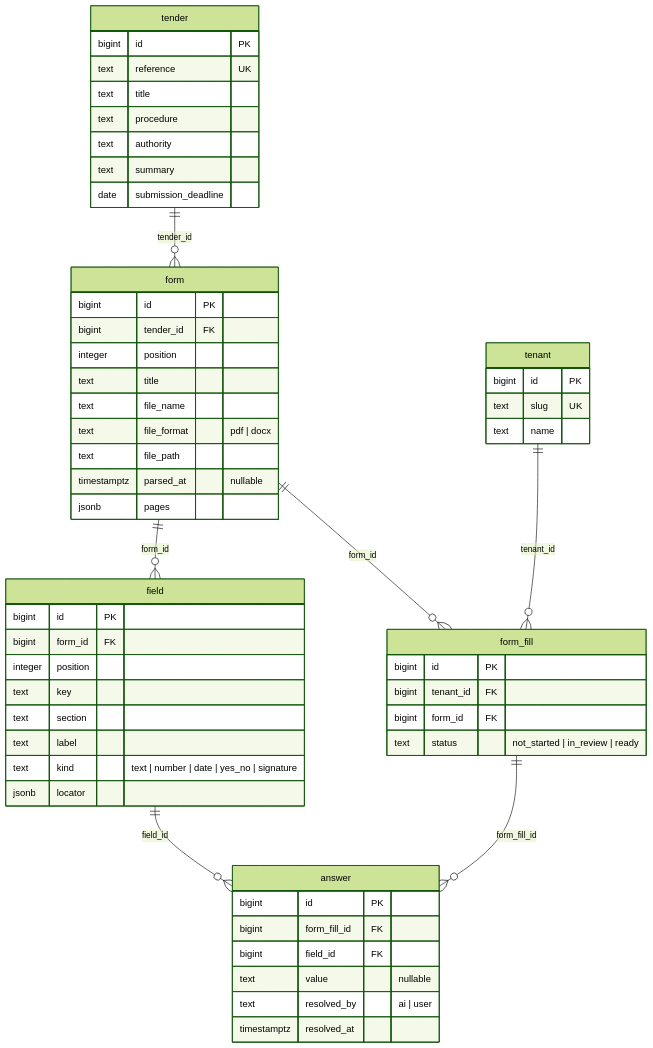
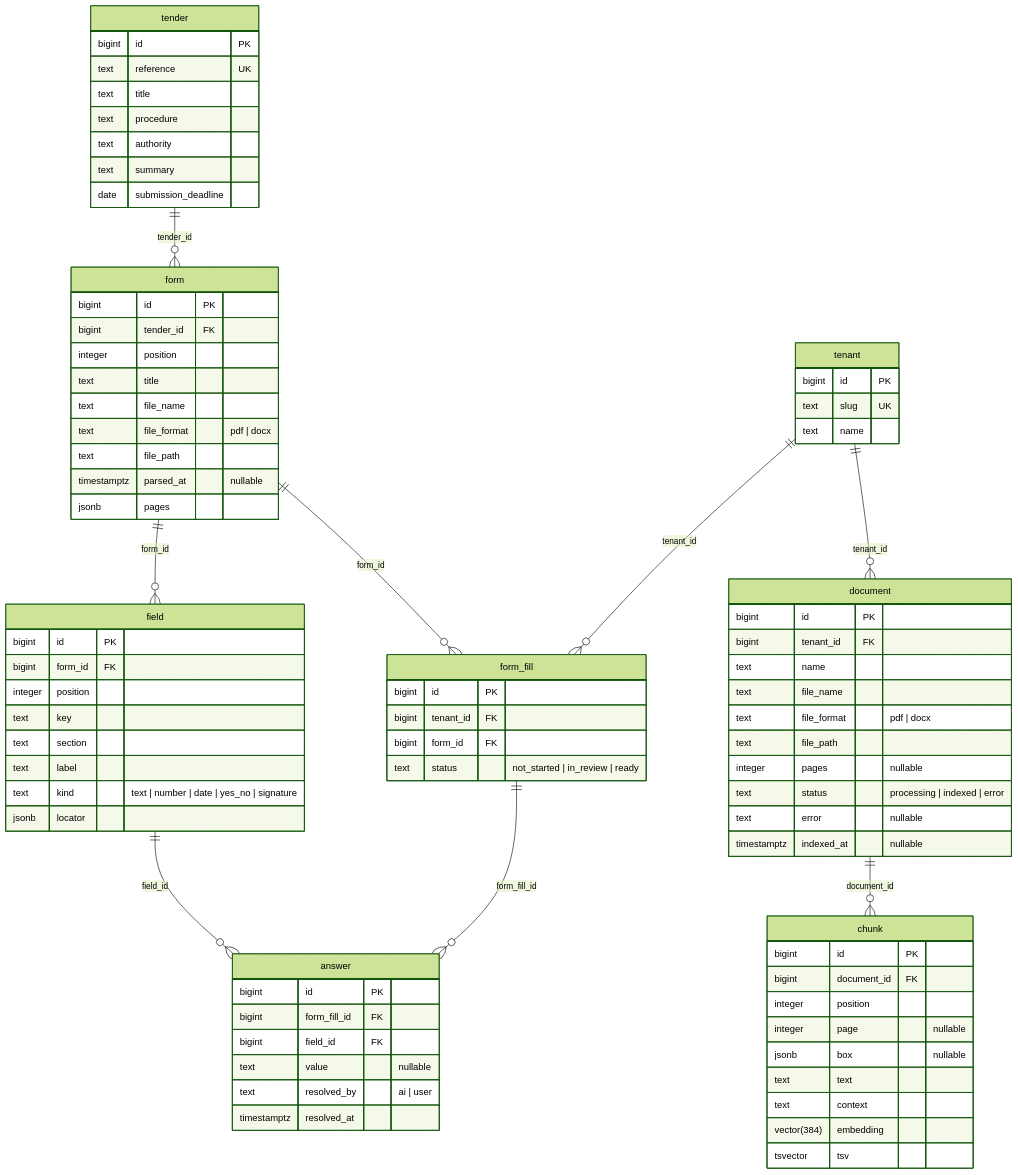
Before and after one commit to remilry/test-sealio: the diagram in docs/DB_SCHEMA.md, drawn with Mermaid (forest theme). The commit also changed other lines of this file and 25 other files, not shown here.

```diff
--- a/docs/DB_SCHEMA.md
+++ b/docs/DB_SCHEMA.md
@@ -10,6 +10,8 @@
 erDiagram
     field ||--o{ answer : field_id
     form_fill ||--o{ answer : form_fill_id
+    document ||--o{ chunk : document_id
+    tenant ||--o{ document : tenant_id
     form ||--o{ field : form_id
     tender ||--o{ form : tender_id
     form ||--o{ form_fill : form_id
@@ -21,6 +23,29 @@
         text value "nullable"
         text resolved_by "ai | user"
         timestamptz resolved_at
+    }
+    chunk {
+        bigint id PK
+        bigint document_id FK
+        integer position
+        integer page "nullable"
+        jsonb box "nullable"
+        text text
+        text context
+        vector(384) embedding
+        tsvector tsv
+    }
+    document {
+        bigint id PK
+        bigint tenant_id FK
+        text name
+        text file_name
+        text file_format "pdf | docx"
+        text file_path
+        integer pages "nullable"
+        text status "processing | indexed | error"
+        text error "nullable"
+        timestamptz indexed_at "nullable"
     }
     field {
         bigint id PK
```
